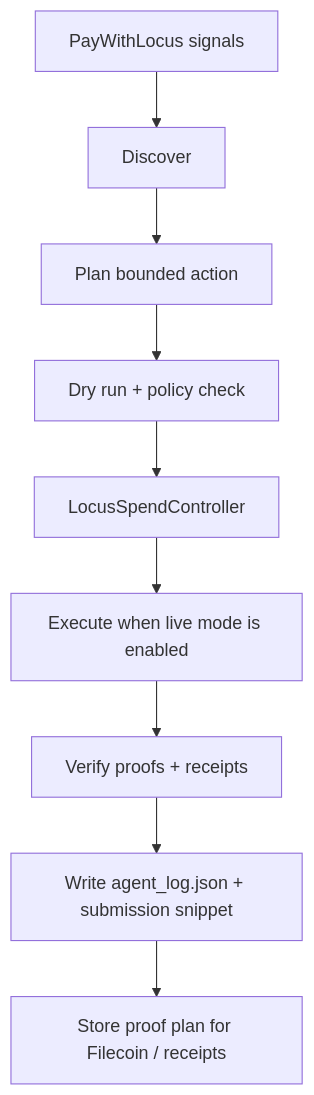
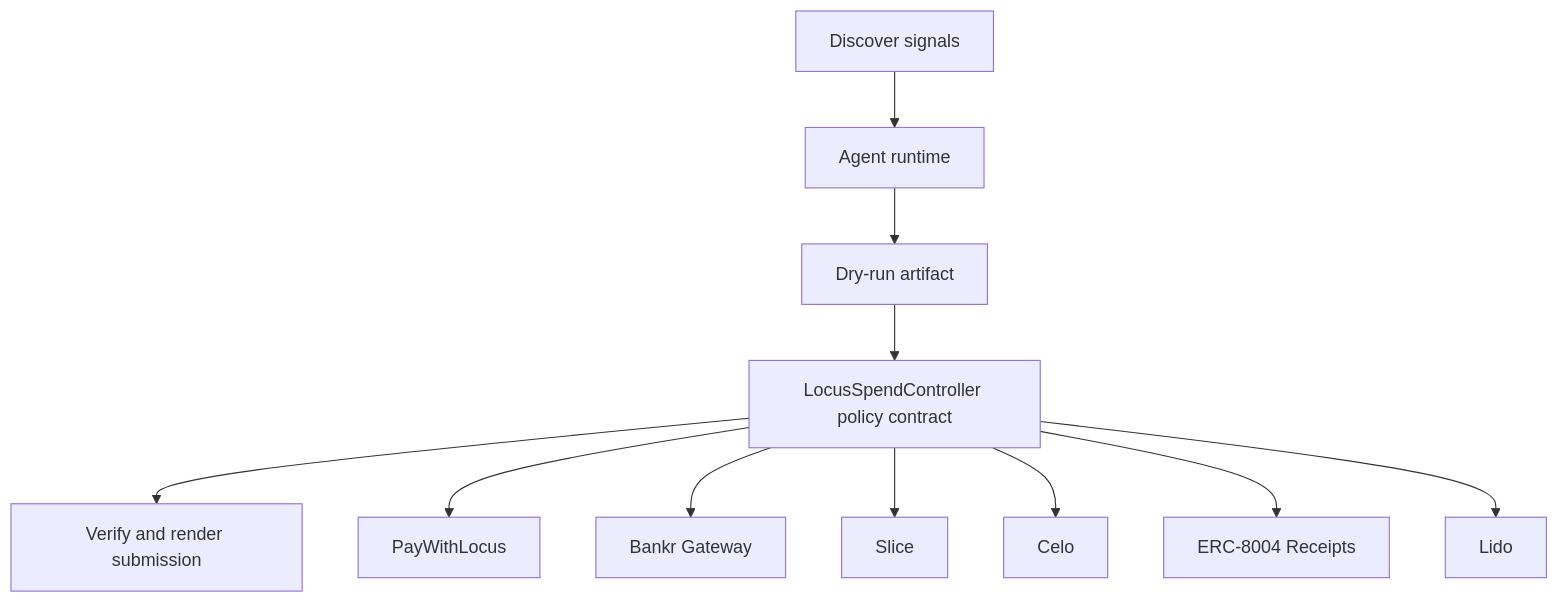
The diagram in docs/architecture.mmd (CrystallineButterfly/Synthesis-PayWithLocus), drawn with Mermaid before and after one commit. The commit also changed 998 other files, not shown here.

Commit message:
Implement bounded agent runtime

```diff
--- a/docs/architecture.mmd
+++ b/docs/architecture.mmd
@@ -1,9 +1,13 @@
 flowchart TD
-    Signals[PayWithLocus signals] --> Discover[Discover]
-    Discover --> Plan[Plan bounded action]
-    Plan --> DryRun[Dry run + policy check]
-    DryRun --> Guard[LocusSpendController]
-    Guard --> Execute[Execute when live mode is enabled]
-    Execute --> Verify[Verify proofs + receipts]
-    Verify --> Persist[Write agent_log.json + submission snippet]
-    Persist --> Storage[Store proof plan for Filecoin / receipts]
+    Signals[Discover signals]
+    Planner[Agent runtime]
+    DryRun[Dry-run artifact]
+    Contract[LocusSpendController policy contract]
+    Verify[Verify and render submission]
+    Signals --> Planner --> DryRun --> Contract --> Verify
+    Contract --> paywithlocus[PayWithLocus]
+    Contract --> bankr_gateway[Bankr Gateway]
+    Contract --> slice[Slice]
+    Contract --> celo[Celo]
+    Contract --> erc_8004_receipts[ERC-8004 Receipts]
+    Contract --> lido[Lido]
```
